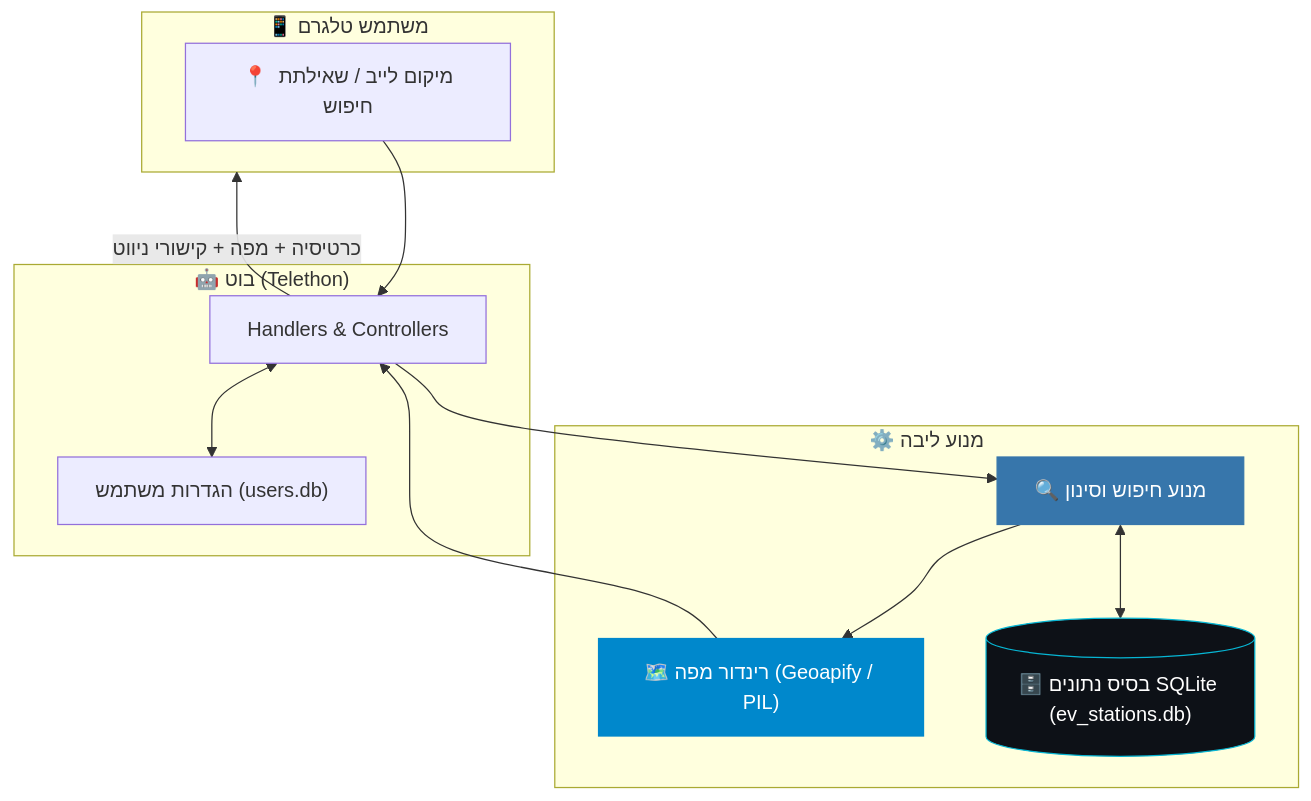
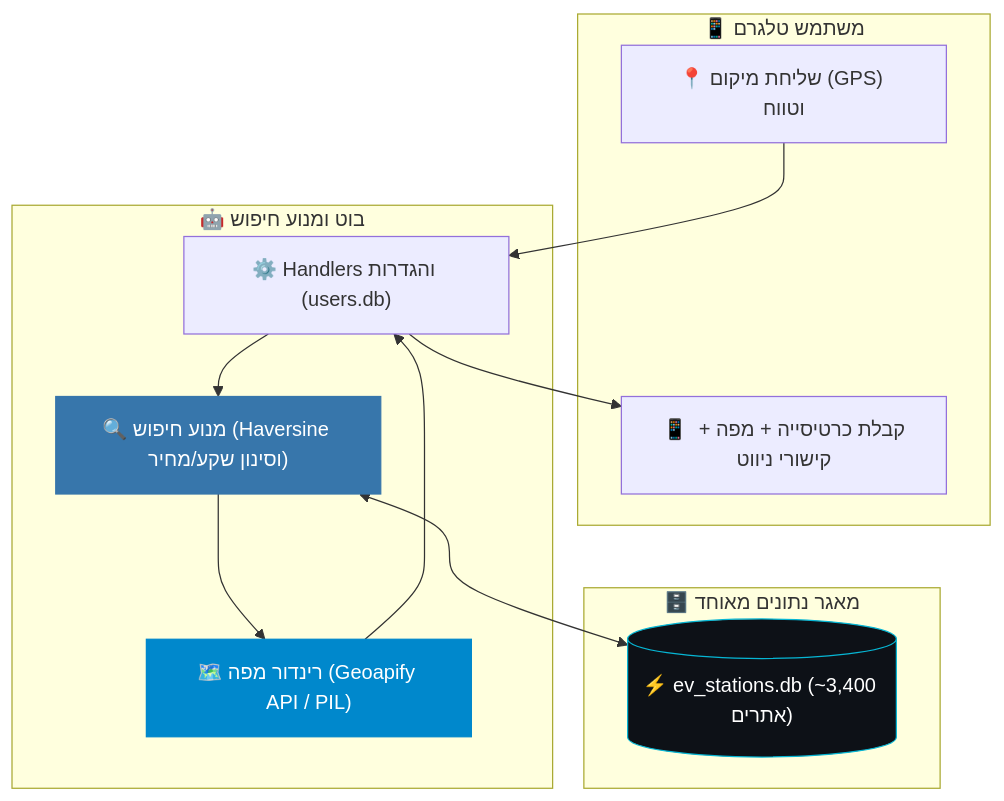
The diagram in README.he.md (Omer-Dahan/EV_Charging), drawn with Mermaid before and after one commit. The commit also changed other lines of this file and 1 other file, not shown here.

Commit message:
docs: remove search flow section and update architecture diagram in README files

````diff
--- a/README.he.md
+++ b/README.he.md
@@ -125,29 +123,28 @@
 ```mermaid
-graph TD
+flowchart TD
     subgraph USER["📱 משתמש טלגרם"]
-        GPS["📍 מיקום לייב / שאילתת חיפוש"]
+        GPS["📍 שליחת מיקום (GPS) וטווח"]
+        OUT["📱 קבלת כרטיסייה + מפה + קישורי ניווט"]
     end
 
-    subgraph BOT["🤖 בוט (Telethon)"]
-        H["Handlers & Controllers"]
-        S["הגדרות משתמש (users.db)"]
+    subgraph BOT["🤖 בוט ומנוע חיפוש"]
+        H["⚙️ Handlers והגדרות (users.db)"]
+        SRCH["🔍 מנוע חיפוש (Haversine וסינון שקע/מחיר)"]
+        MAP["🗺️ רינדור מפה (Geoapify API / PIL)"]
     end
 
-    subgraph ENGINE["⚙️ מנוע ליבה"]
-        SRCH["🔍 מנוע חיפוש וסינון"]
-        MAP["🗺️ רינדור מפה (Geoapify / PIL)"]
-        DB[("🗄️ בסיס נתונים SQLite (ev_stations.db)")]
+    subgraph DATA["🗄️ מאגר נתונים מאוחד"]
+        DB[("⚡ ev_stations.db (~3,400 אתרים)")]
     end
 
     GPS --> H
-    H <--> S
     H --> SRCH
     SRCH <--> DB
     SRCH --> MAP
     MAP --> H
-    H -->|"כרטיסיה + מפה + קישורי ניווט"| USER
+    H --> OUT
 
     style DB fill:#0D1117,stroke:#06B6D4,color:#fff
     style MAP fill:#0088CC,stroke:#0088CC,color:#fff
     style SRCH fill:#3776AB,stroke:#3776AB,color:#fff
 ```
````
